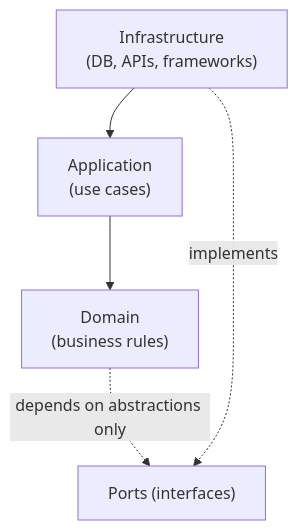
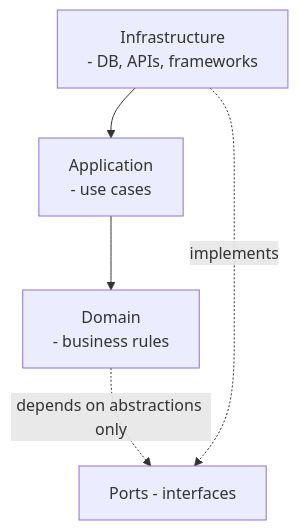
The first of 2 diagrams in docs/05-architecture-patterns/01-hexagonal-clean-onion-ddd.md (RIT-MESH/system-design-mastery), drawn with Mermaid before and after one commit. The commit also changed 139 other files, not shown here.

First line of the commit message:
Fix Mermaid parse errors: replace parentheses in node labels across 140 files

````diff
--- a/docs/05-architecture-patterns/01-hexagonal-clean-onion-ddd.md
+++ b/docs/05-architecture-patterns/01-hexagonal-clean-onion-ddd.md
@@ -18,8 +18,8 @@
 ```mermaid
 %% created-for: system-design-mastery
 flowchart TB
-  Infra["Infrastructure<br/>(DB, APIs, frameworks)"] --> App["Application<br/>(use cases)"]
-  App --> Domain["Domain<br/>(business rules)"]
-  Domain -.depends on abstractions only.-> Ports["Ports (interfaces)"]
+  Infra["Infrastructure<br/> - DB, APIs, frameworks"] --> App["Application<br/> - use cases"]
+  App --> Domain["Domain<br/> - business rules"]
+  Domain -.depends on abstractions only.-> Ports["Ports - interfaces"]
   Infra -.implements.-> Ports
 ```
````
